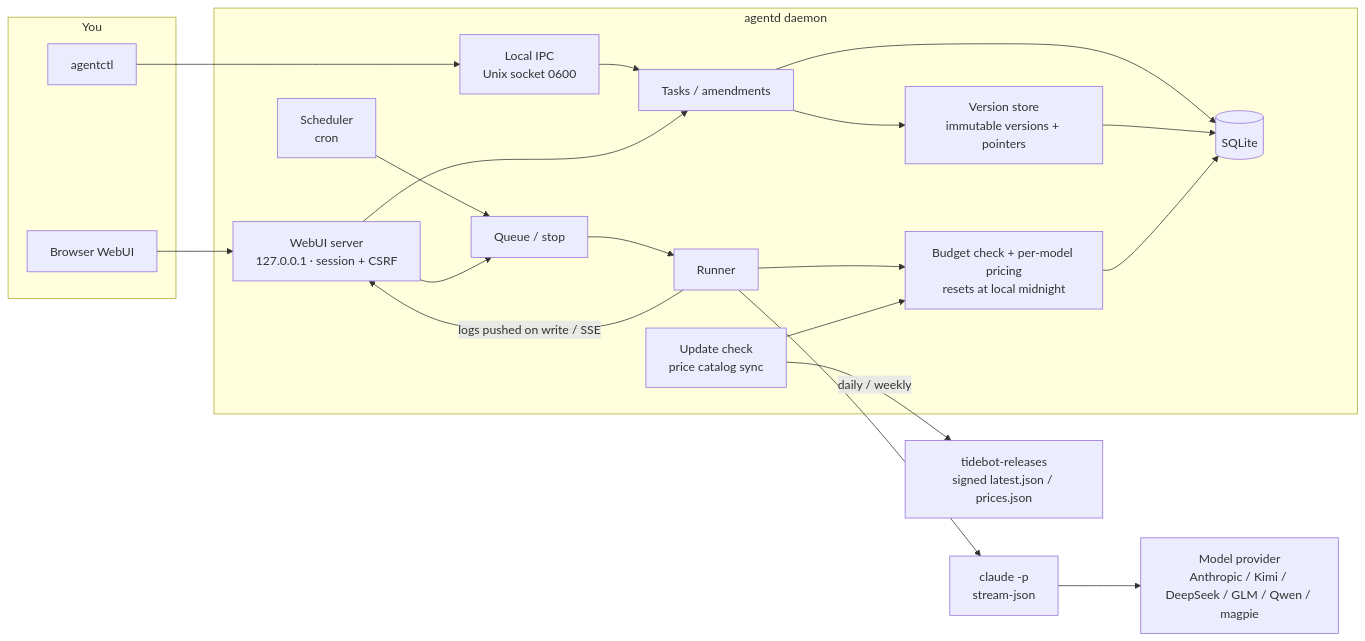
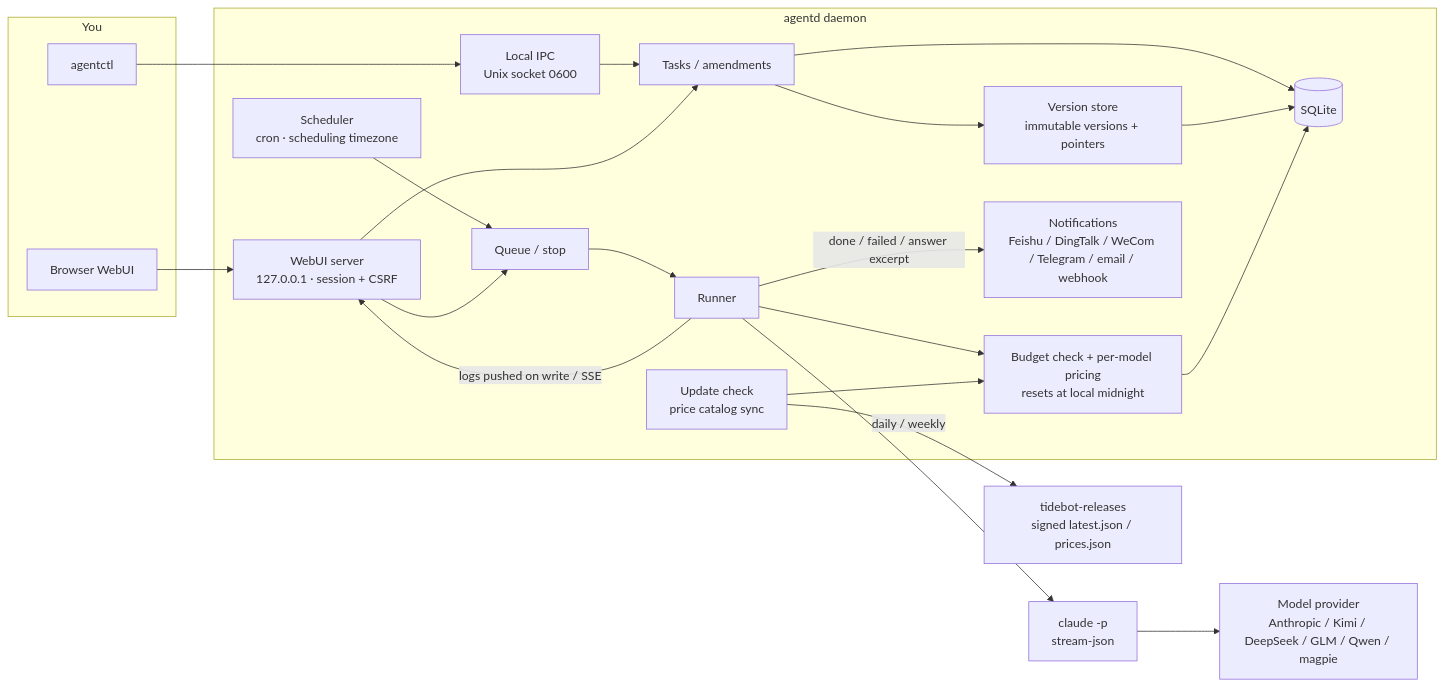
One commit to Zhengmingming1/tidebot changed the diagram in README.en.md. Above: the diagram before and after it, drawn with Mermaid. The commit also changed other lines of this file and 32 other files, not shown here.

Commit message:
v0.1.8 发布说明；README 更新功能介绍、占用实测、安装与更新说明（macOS 0.1.7 需手动安装一次）、架构图，按 1024×655 重拍截图并新增任务列表和更新截图

````diff
--- a/README.en.md
+++ b/README.en.md
@@ -101,40 +111,42 @@
 ```mermaid
 flowchart LR
   subgraph you[You]
     CLI[agentctl]
     Browser[Browser WebUI]
   end
   subgraph agentd[agentd daemon]
     IPC[Local IPC<br/>Unix socket 0600]
     Web[WebUI server<br/>127.0.0.1 · session + CSRF]
-    Sched[Scheduler<br/>cron]
+    Sched[Scheduler<br/>cron · scheduling timezone]
     Tasks[Tasks / amendments]
     Ver[Version store<br/>immutable versions + pointers]
     Cost[Budget check + per-model pricing<br/>resets at local midnight]
     Queue[Queue / stop]
     Runner[Runner]
     Upd[Update check<br/>price catalog sync]
+    Notify[Notifications<br/>Feishu / DingTalk / WeCom / Telegram / email / webhook]
     DB[(SQLite)]
   end
   Claude[claude -p<br/>stream-json]
   Provider[Model provider<br/>Anthropic / Kimi / DeepSeek / GLM / Qwen / magpie]
   Rel[tidebot-releases<br/>signed latest.json / prices.json]
 
   CLI --> IPC
   Browser --> Web
   IPC --> Tasks
   Web --> Tasks
   Sched --> Queue
   Web --> Queue
   Queue --> Runner
   Tasks --> Ver
   Runner --> Cost
   Runner --> Claude
   Claude --> Provider
   Tasks --> DB
   Ver --> DB
   Cost --> DB
   Runner -- logs pushed on write / SSE --> Web
   Upd -- daily / weekly --> Rel
   Upd --> Cost
+  Runner -- done / failed / answer excerpt --> Notify
 ```
````
